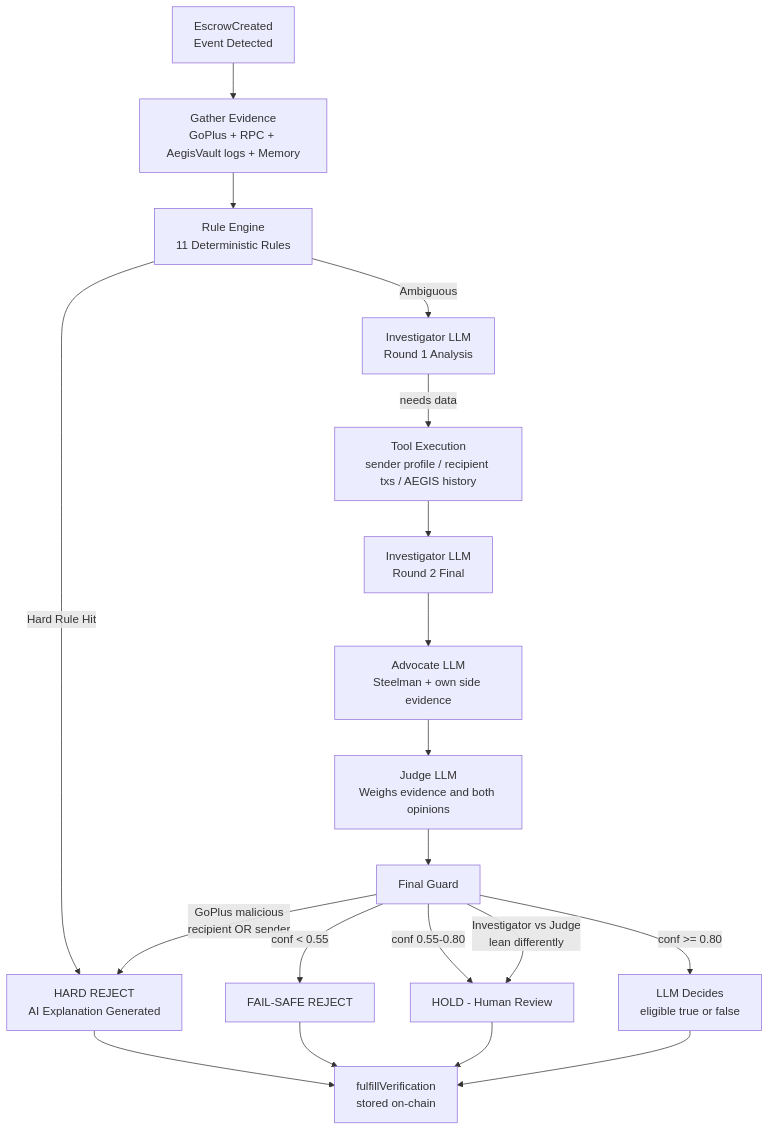
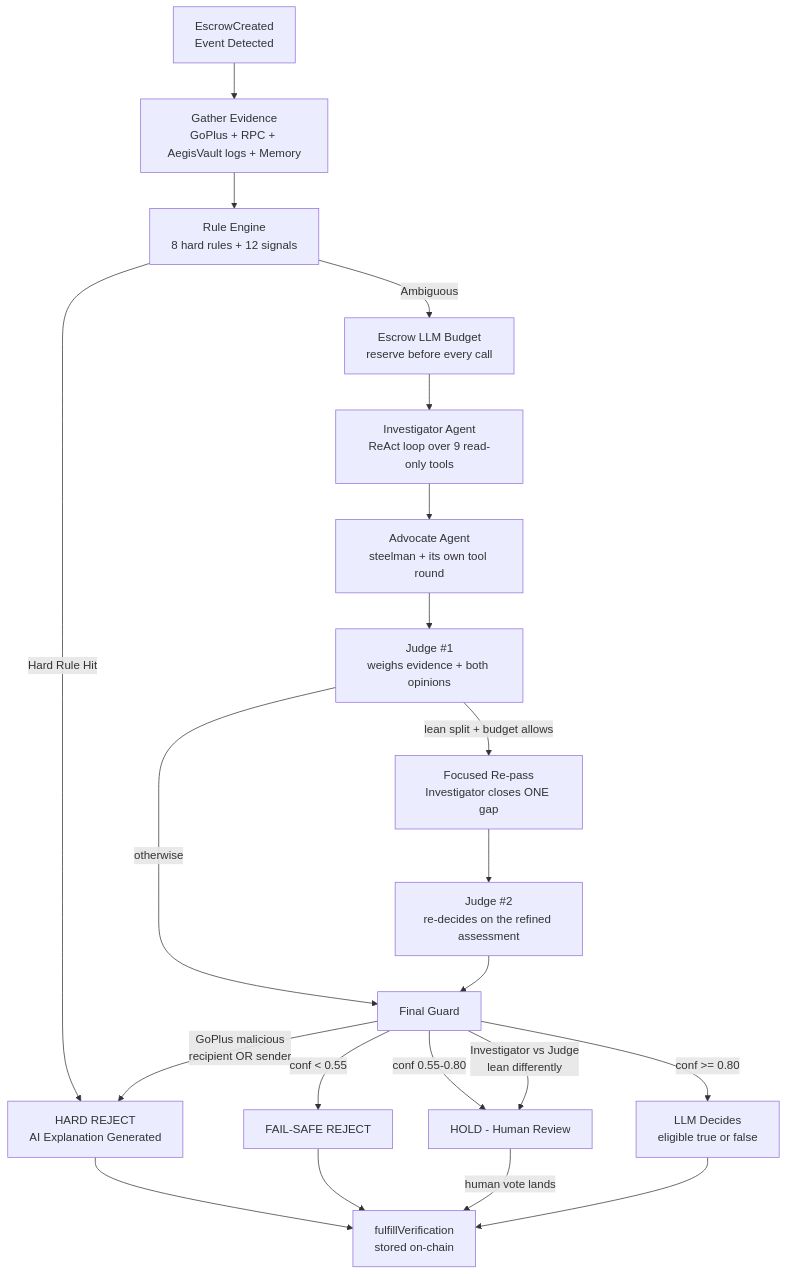
The second of 3 diagrams in README.md (hzBoydev/AEGIS), drawn with Mermaid before and after one commit. The commit also changed other lines of this file and 24 other files, not shown here.

````diff
--- a/README.md
+++ b/README.md
@@ -342,25 +375,28 @@
 ```mermaid
 flowchart TD
     A["EscrowCreated<br/>Event Detected"] --> B["Gather Evidence<br/>GoPlus + RPC + AegisVault logs + Memory"]
-    B --> C["Rule Engine<br/>11 Deterministic Rules"]
+    B --> C["Rule Engine<br/>8 hard rules + 12 signals"]
 
     C -->|Hard Rule Hit| D["HARD REJECT<br/>AI Explanation Generated"]
-    C -->|Ambiguous| E["Investigator LLM<br/>Round 1 Analysis"]
+    C -->|Ambiguous| E["Escrow LLM Budget<br/>reserve before every call"]
 
-    E -->|needs data| F["Tool Execution<br/>sender profile / recipient txs / AEGIS history"]
-    F --> G["Investigator LLM<br/>Round 2 Final"]
-    G --> H["Advocate LLM<br/>Steelman + own side evidence"]
-    H --> I["Judge LLM<br/>Weighs evidence and both opinions"]
+    E --> F["Investigator Agent<br/>ReAct loop over 9 read-only tools"]
+    F --> G["Advocate Agent<br/>steelman + its own tool round"]
+    G --> H["Judge #1<br/>weighs evidence + both opinions"]
 
-    I --> J["Final Guard"]
-    J -->|GoPlus malicious<br/>recipient OR sender| D
-    J -->|conf < 0.55| K["FAIL-SAFE REJECT"]
-    J -->|conf 0.55-0.80| L["HOLD - Human Review"]
-    J -->|Investigator vs Judge<br/>lean differently| L
-    J -->|conf >= 0.80| M["LLM Decides<br/>eligible true or false"]
+    H -->|lean split + budget allows| I["Focused Re-pass<br/>Investigator closes ONE gap"]
+    I --> J["Judge #2<br/>re-decides on the refined assessment"]
+    H -->|otherwise| K["Final Guard"]
+    J --> K
 
-    D  --> N["fulfillVerification<br/>stored on-chain"]
-    K  --> N
-    L  --> N
-    M  --> N
+    K -->|GoPlus malicious<br/>recipient OR sender| D
+    K -->|conf < 0.55| L["FAIL-SAFE REJECT"]
+    K -->|conf 0.55-0.80| M["HOLD - Human Review"]
+    K -->|Investigator vs Judge<br/>lean differently| M
+    K -->|conf >= 0.80| N["LLM Decides<br/>eligible true or false"]
+
+    D  --> O["fulfillVerification<br/>stored on-chain"]
+    L  --> O
+    M  -->|human vote lands| O
+    N  --> O
 ```
````
